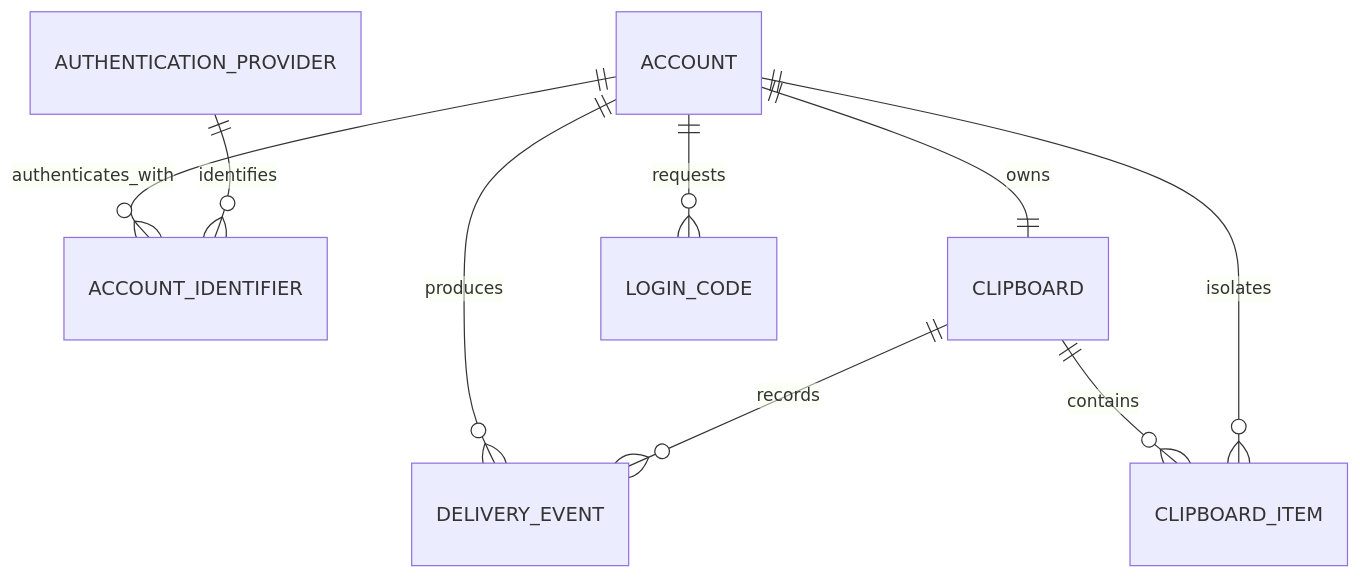
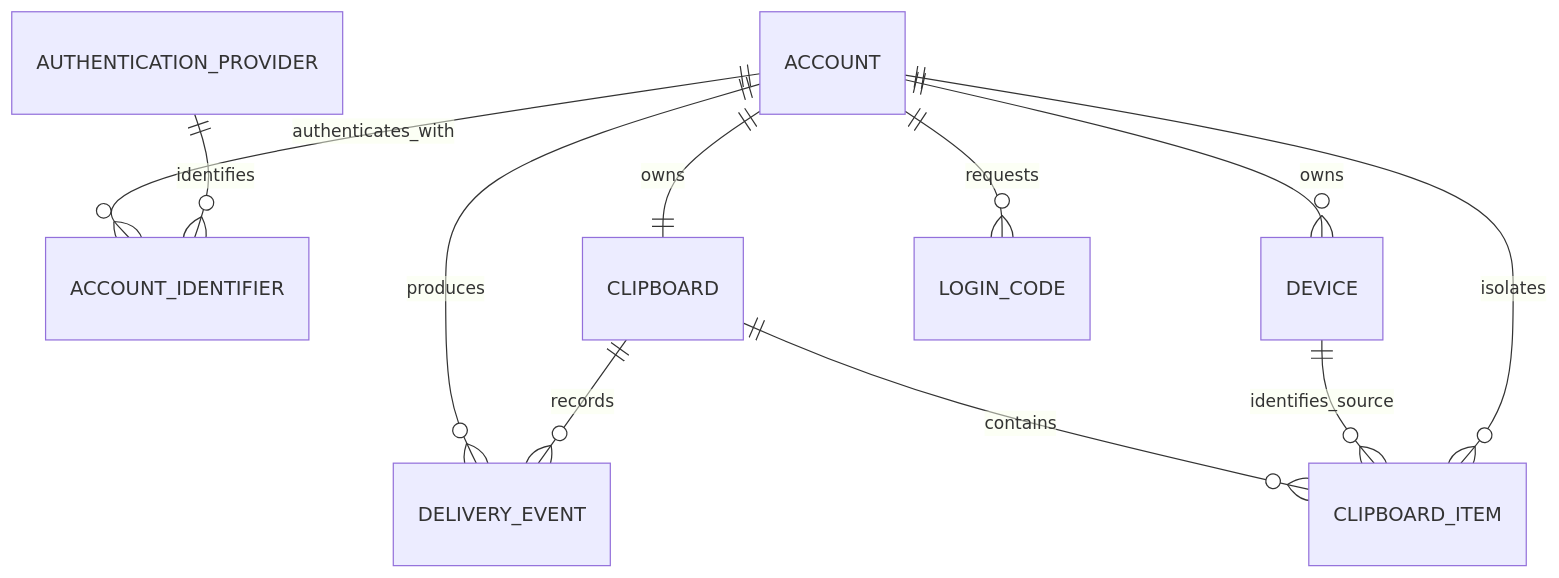
The diagram in docs/architecture/DATA_MODEL.md (OneShotApps/os-clip-sync), drawn with Mermaid before and after one commit. The commit also changed other lines of this file and 63 other files, not shown here.

Commit message:
feat: add account device names

````diff
--- a/docs/architecture/DATA_MODEL.md
+++ b/docs/architecture/DATA_MODEL.md
@@ -5,11 +5,13 @@
 ```mermaid
 erDiagram
   ACCOUNT ||--o{ ACCOUNT_IDENTIFIER : authenticates_with
   AUTHENTICATION_PROVIDER ||--o{ ACCOUNT_IDENTIFIER : identifies
   ACCOUNT ||--|| CLIPBOARD : owns
+  ACCOUNT ||--o{ DEVICE : owns
   ACCOUNT ||--o{ LOGIN_CODE : requests
   ACCOUNT ||--o{ DELIVERY_EVENT : produces
   CLIPBOARD ||--o{ DELIVERY_EVENT : records
   CLIPBOARD ||--o{ CLIPBOARD_ITEM : contains
+  DEVICE ||--o{ CLIPBOARD_ITEM : identifies_source
   ACCOUNT ||--o{ CLIPBOARD_ITEM : isolates
 ```
````
